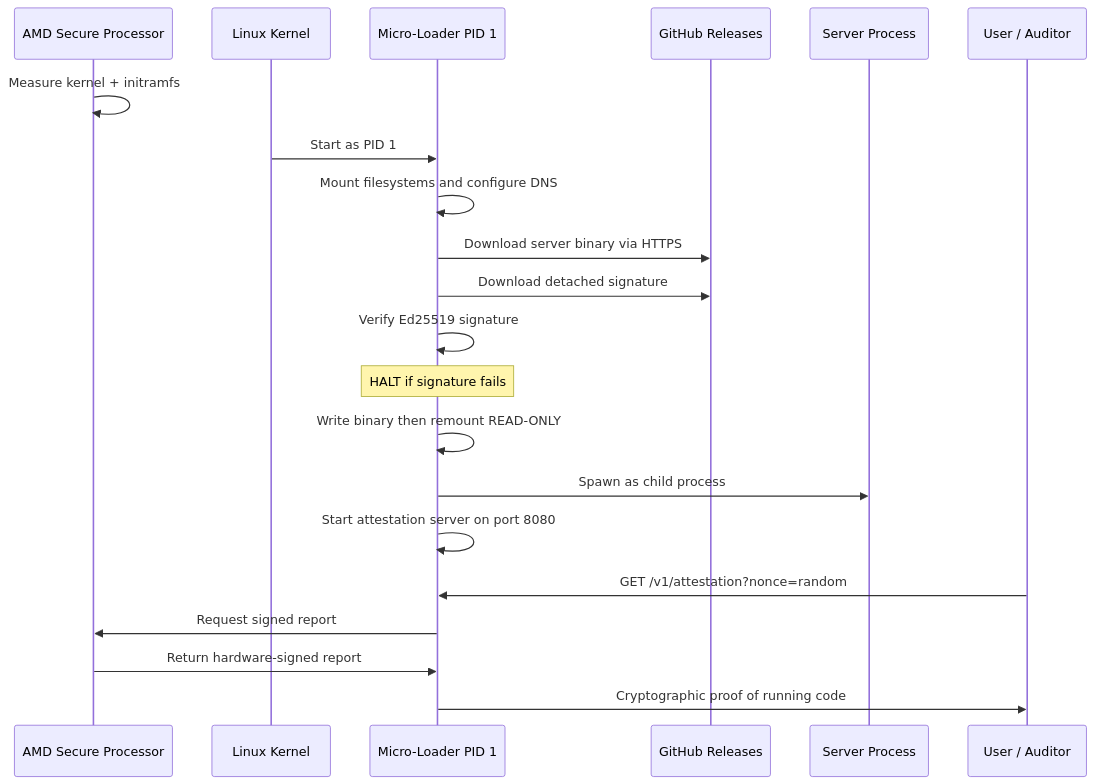
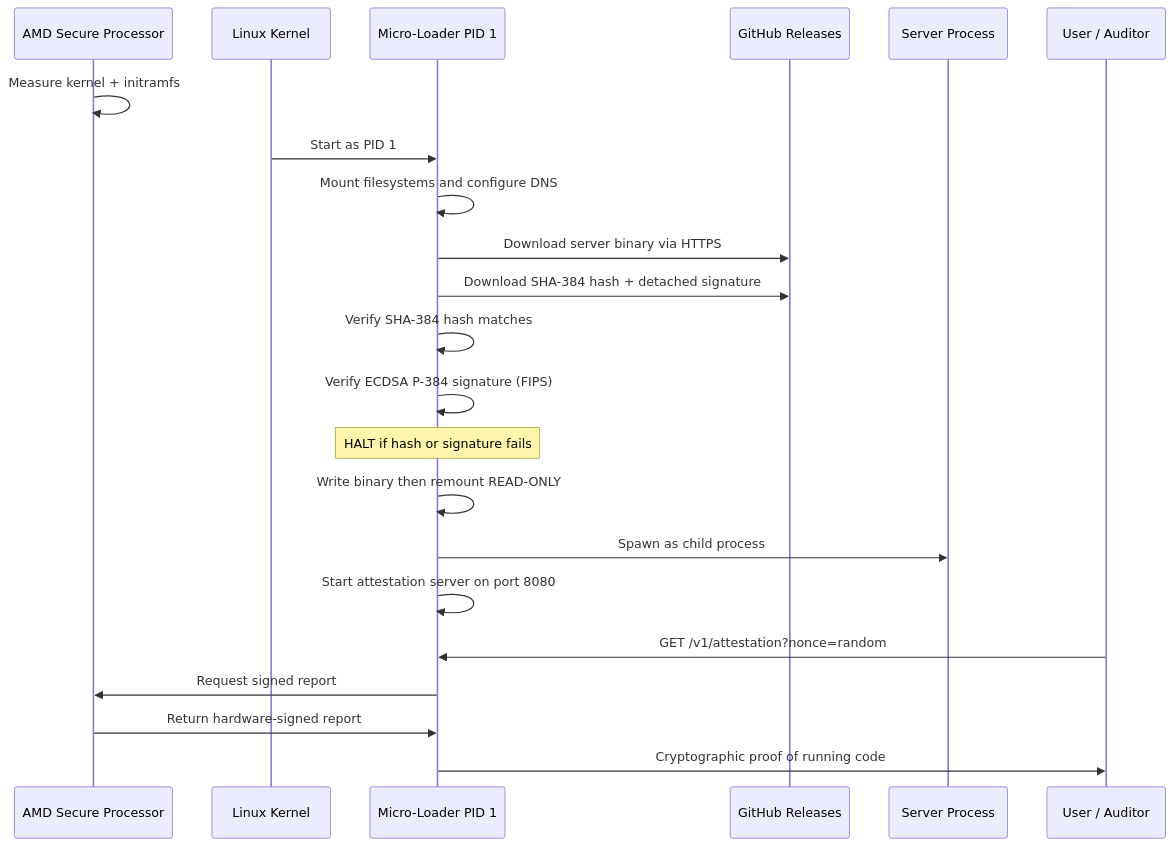
One commit to deadrouter-ai/sev-micro-loader changed the second of 2 diagrams in README.md. Above: the diagram before and after it, drawn with Mermaid. The commit also changed other lines of this file and 9 other files, not shown here.

````diff
--- a/README.md
+++ b/README.md
@@ -42,23 +43,24 @@
 ```mermaid
 sequenceDiagram
     participant HW as AMD Secure Processor
     participant K as Linux Kernel
     participant ML as Micro-Loader PID 1
     participant GH as GitHub Releases
     participant SRV as Server Process
     participant U as User / Auditor
     HW->>HW: Measure kernel + initramfs
     K->>ML: Start as PID 1
     ML->>ML: Mount filesystems and configure DNS
     ML->>GH: Download server binary via HTTPS
-    ML->>GH: Download detached signature
-    ML->>ML: Verify Ed25519 signature
-    Note over ML: HALT if signature fails
+    ML->>GH: Download SHA-384 hash + detached signature
+    ML->>ML: Verify SHA-384 hash matches
+    ML->>ML: Verify ECDSA P-384 signature (FIPS)
+    Note over ML: HALT if hash or signature fails
     ML->>ML: Write binary then remount READ-ONLY
     ML->>SRV: Spawn as child process
     ML->>ML: Start attestation server on port 8080
     U->>ML: GET /v1/attestation?nonce=random
     ML->>HW: Request signed report
     HW->>ML: Return hardware-signed report
     ML->>U: Cryptographic proof of running code
 ```
````
